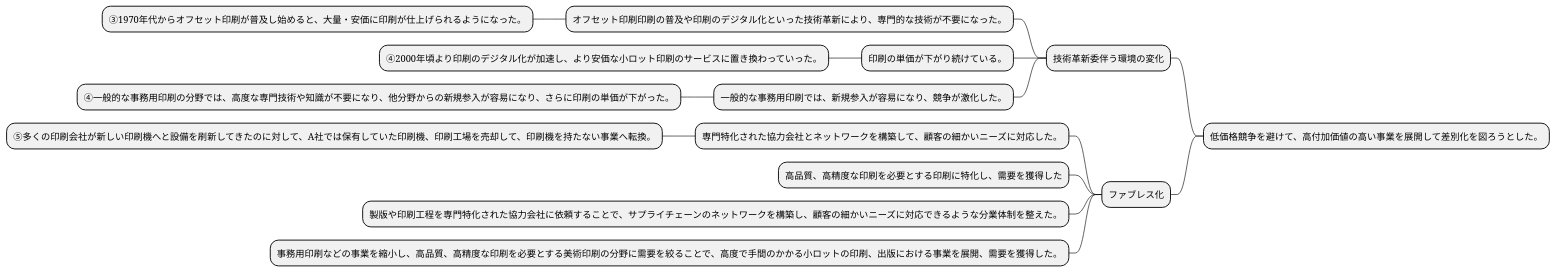
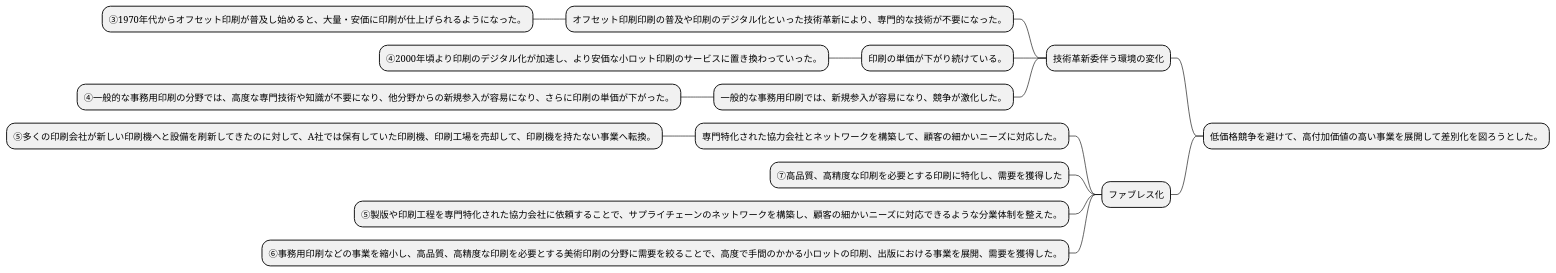
Before and after one commit to k2works/case-study-business-analysis: the first of 9 diagrams in docs/case/study/R03/r03_case_1_study_2.adoc, drawn with PlantUML. The commit also changed other lines of this file, not shown here.

```diff
--- a/docs/case/study/R03/r03_case_1_study_2.adoc
+++ b/docs/case/study/R03/r03_case_1_study_2.adoc
@@ -41,22 +41,22 @@
 [plantuml]
 ----
 @startmindmap
 
 * 低価格競争を避けて、高付加価値の高い事業を展開して差別化を図ろうとした。
 -- 技術革新委伴う環境の変化
 --- オフセット印刷印刷の普及や印刷のデジタル化といった技術革新により、専門的な技術が不要になった。
 ---- ③1970年代からオフセット印刷が普及し始めると、大量・安価に印刷が仕上げられるようになった。
 --- 印刷の単価が下がり続けている。
 ---- ④2000年頃より印刷のデジタル化が加速し、より安価な小ロット印刷のサービスに置き換わっていった。
 --- 一般的な事務用印刷では、新規参入が容易になり、競争が激化した。
 ---- ④一般的な事務用印刷の分野では、高度な専門技術や知識が不要になり、他分野からの新規参入が容易になり、さらに印刷の単価が下がった。
 -- ファブレス化
 --- 専門特化された協力会社とネットワークを構築して、顧客の細かいニーズに対応した。
 ---- ⑤多くの印刷会社が新しい印刷機へと設備を刷新してきたのに対して、A社では保有していた印刷機、印刷工場を売却して、印刷機を持たない事業へ転換。
---- 高品質、高精度な印刷を必要とする印刷に特化し、需要を獲得した
---- 製版や印刷工程を専門特化された協力会社に依頼することで、サプライチェーンのネットワークを構築し、顧客の細かいニーズに対応できるような分業体制を整えた。
---- 事務用印刷などの事業を縮小し、高品質、高精度な印刷を必要とする美術印刷の分野に需要を絞ることで、高度で手間のかかる小ロットの印刷、出版における事業を展開、需要を獲得した。
+--- ⑦高品質、高精度な印刷を必要とする印刷に特化し、需要を獲得した
+--- ⑤製版や印刷工程を専門特化された協力会社に依頼することで、サプライチェーンのネットワークを構築し、顧客の細かいニーズに対応できるような分業体制を整えた。
+--- ⑥事務用印刷などの事業を縮小し、高品質、高精度な印刷を必要とする美術印刷の分野に需要を絞ることで、高度で手間のかかる小ロットの印刷、出版における事業を展開、需要を獲得した。
 
 
 @endmindmap
 ----
```
